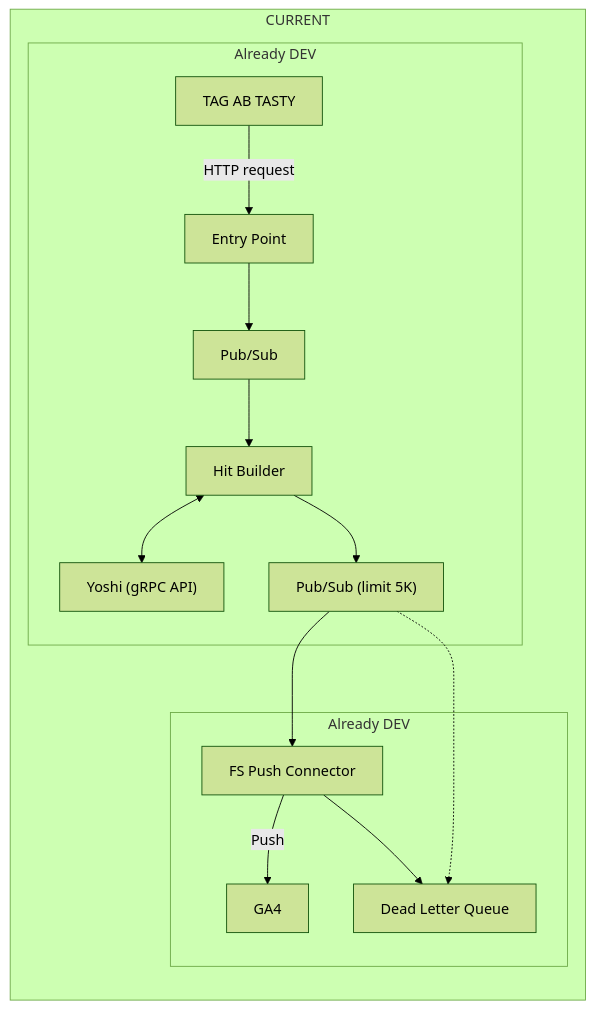
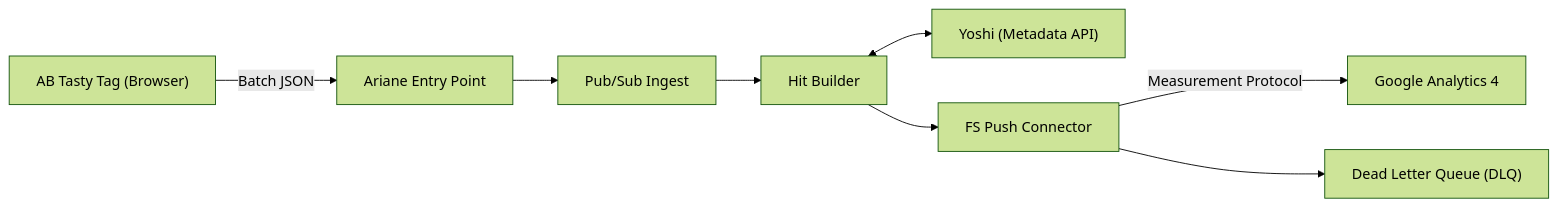
The diagram in README.md (valoudefou/abtasty-ga4-server-to-server), drawn with Mermaid (forest theme) before and after one commit. The commit also changed other lines of this file, not shown here.

````diff
--- a/README.md
+++ b/README.md
@@ -9,18 +9,16 @@
 ```mermaid
 flowchart LR
-    subgraph Current["CURRENT"]
-        subgraph Dev1["Already DEV"]
-            A["TAG AB TASTY"] -->|HTTP request| B["Entry Point"]
-            B --> C["Pub/Sub"]
-            C --> D["Hit Builder"]
-            D <--> E["Yoshi (gRPC API)"]
-            D --> F["Pub/Sub (limit 5K)"]
-        end
-        subgraph Dev2["Already DEV"]
-            F --> G["FS Push Connector"]
-            G -->|Push| H["GA4"]
-            G --> I["Dead Letter Queue"]
-        end
-        F -.-> I
-    end
+    A["AB Tasty Tag (Browser)"]
+    B["Ariane Entry Point"]
+    C["Pub/Sub Ingest"]
+    D["Hit Builder"]
+    E["Yoshi (Metadata API)"]
+    F["FS Push Connector"]
+    G["Google Analytics 4"]
+    H["Dead Letter Queue (DLQ)"]
+
+    A -->|Batch JSON| B --> C --> D
+    D <--> E
+    D --> F -->|Measurement Protocol| G
+    F --> H
 ```
````
